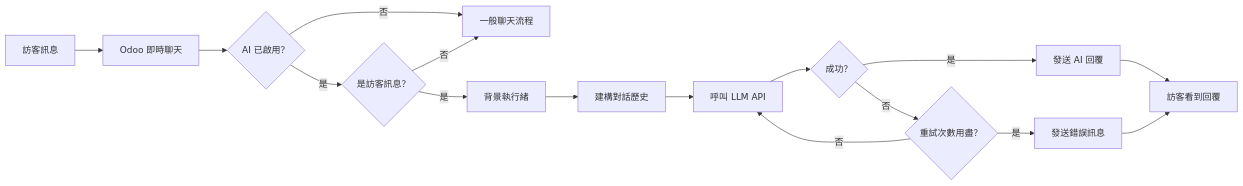
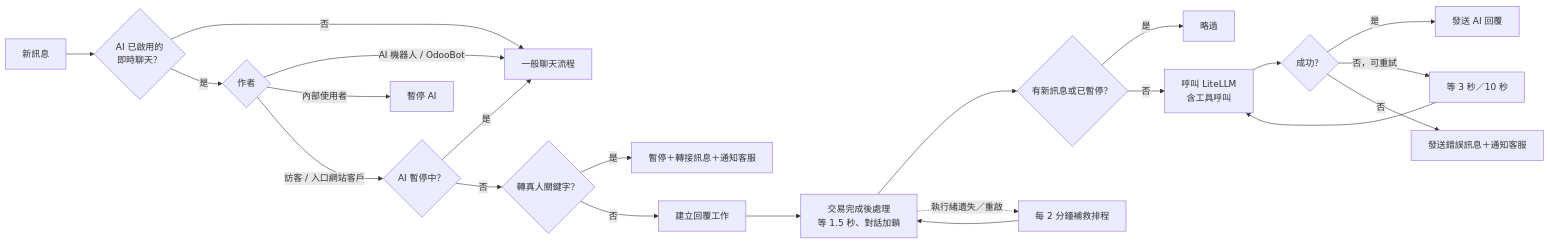
Before and after one commit to WOOWTECH/Woow_odoo_ai_livechat: the second of 2 diagrams in README_zh-TW.md, drawn with Mermaid. The commit also changed other lines of this file and 137 other files, not shown here.

````diff
--- a/README_zh-TW.md
+++ b/README_zh-TW.md
@@ -134,18 +174,22 @@
 ```mermaid
 flowchart LR
-    A[訪客訊息] --> B[Odoo 即時聊天]
-    B --> C{AI 已啟用？}
-    C -->|是| D{是訪客訊息？}
-    C -->|否| E[一般聊天流程]
-    D -->|是| F[背景執行緒]
-    D -->|否| E
-    F --> G[建構對話歷史]
-    G --> H[呼叫 LLM API]
-    H --> I{成功？}
-    I -->|是| J[發送 AI 回覆]
-    I -->|否| K{重試次數用盡？}
-    K -->|否| H
-    K -->|是| L[發送錯誤訊息]
-    J --> M[訪客看到回覆]
-    L --> M
+    A[新訊息] --> B{AI 已啟用的<br/>即時聊天？}
+    B -->|否| E[一般聊天流程]
+    B -->|是| C{作者}
+    C -->|AI 機器人 / OdooBot| E
+    C -->|內部使用者| P[暫停 AI]
+    C -->|訪客 / 入口網站客戶| D{AI 暫停中？}
+    D -->|是| E
+    D -->|否| K{轉真人關鍵字？}
+    K -->|是| H[暫停＋轉接訊息＋通知客服]
+    K -->|否| F[建立回覆工作]
+    F --> G[交易完成後處理<br/>等 1.5 秒、對話加鎖]
+    G --> I{有新訊息或已暫停？}
+    I -->|是| S[略過]
+    I -->|否| L[呼叫 LiteLLM<br/>含工具呼叫]
+    L --> M{成功？}
+    M -->|是| R[發送 AI 回覆]
+    M -->|否，可重試| W[等 3 秒／10 秒] --> L
+    M -->|否| X[發送錯誤訊息＋通知客服]
+    G -.執行緒遺失／重啟.-> Y[每 2 分鐘補救排程] --> G
 ```
````
